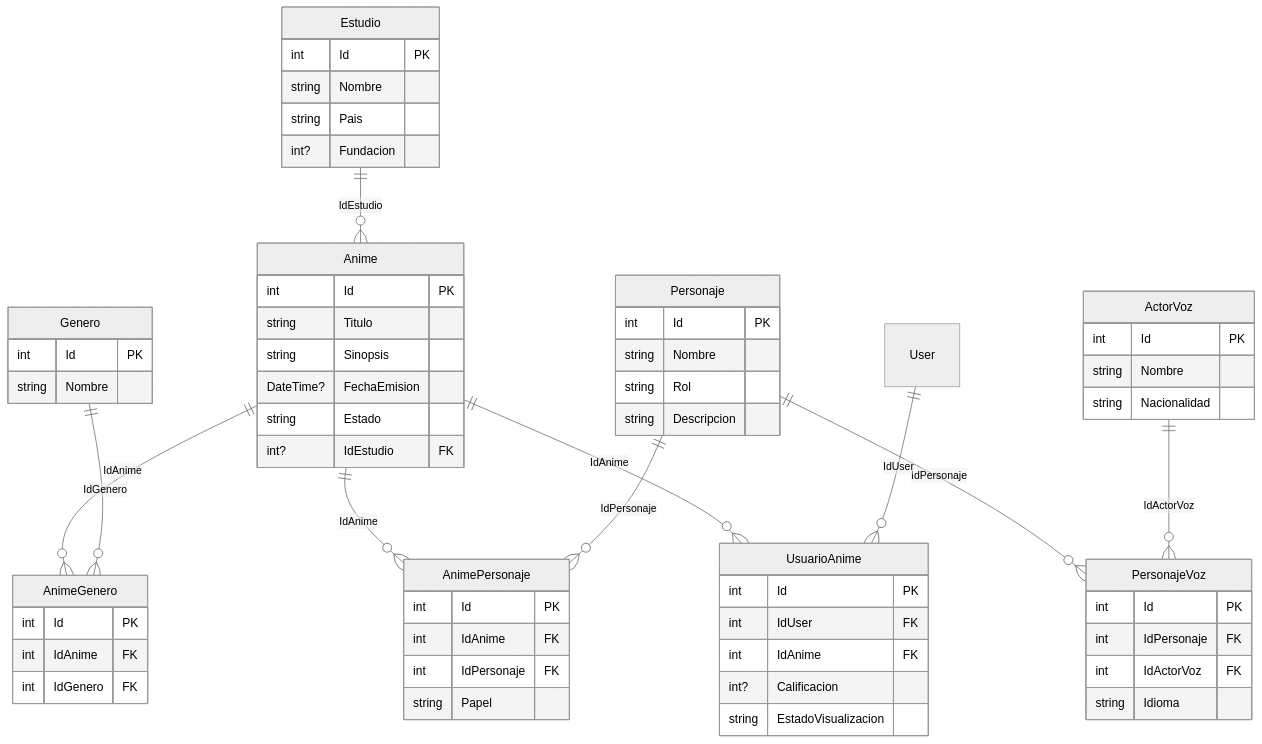
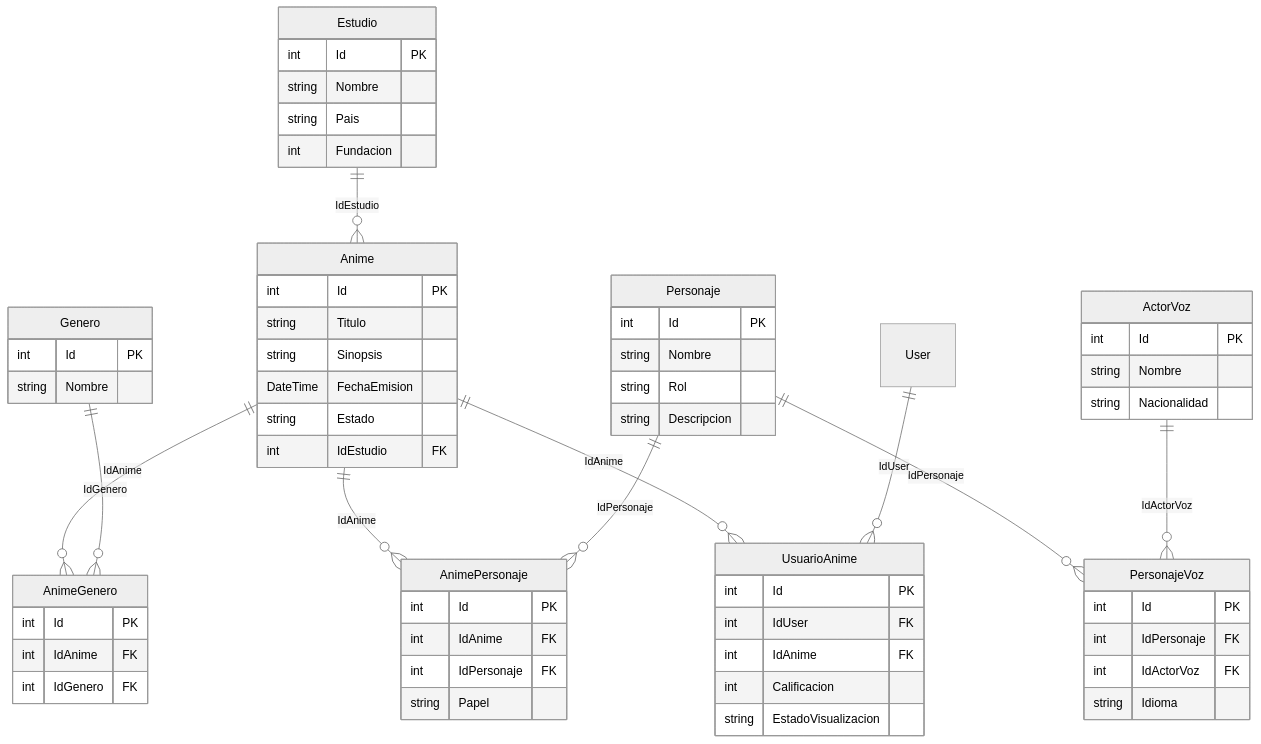
Before and after one commit to brayancortes22/Plantilla-C-: the second of 2 diagrams in README.md, drawn with Mermaid (neutral theme).

Commit message:
actualizacion

````diff
--- a/README.md
+++ b/README.md
@@ -66,67 +66,67 @@
 ```mermaid
 
 erDiagram
     Estudio {
         int Id PK
         string Nombre
         string Pais
-        int? Fundacion
+        int Fundacion
     }
     Anime {
         int Id PK
         string Titulo
         string Sinopsis
-        DateTime? FechaEmision
+        DateTime FechaEmision
         string Estado
-        int? IdEstudio FK
+        int IdEstudio FK
     }
     Genero {
         int Id PK
         string Nombre
     }
     AnimeGenero {
         int Id PK
         int IdAnime FK
         int IdGenero FK
     }
     Personaje {
         int Id PK
         string Nombre
         string Rol
         string Descripcion
     }
     AnimePersonaje {
         int Id PK
         int IdAnime FK
         int IdPersonaje FK
         string Papel
     }
     ActorVoz {
         int Id PK
         string Nombre
         string Nacionalidad
     }
     PersonajeVoz {
         int Id PK
         int IdPersonaje FK
         int IdActorVoz FK
         string Idioma
     }
     UsuarioAnime {
         int Id PK
         int IdUser FK
         int IdAnime FK
-        int? Calificacion
+        int Calificacion
         string EstadoVisualizacion
     }
 
     Estudio ||--o{ Anime : "IdEstudio"
     Anime ||--o{ AnimeGenero : "IdAnime"
     Genero ||--o{ AnimeGenero : "IdGenero"
     Anime ||--o{ AnimePersonaje : "IdAnime"
     Personaje ||--o{ AnimePersonaje : "IdPersonaje"
     Personaje ||--o{ PersonajeVoz : "IdPersonaje"
     ActorVoz ||--o{ PersonajeVoz : "IdActorVoz"
     Anime ||--o{ UsuarioAnime : "IdAnime"
     User ||--o{ UsuarioAnime : "IdUser"
 ```
````
